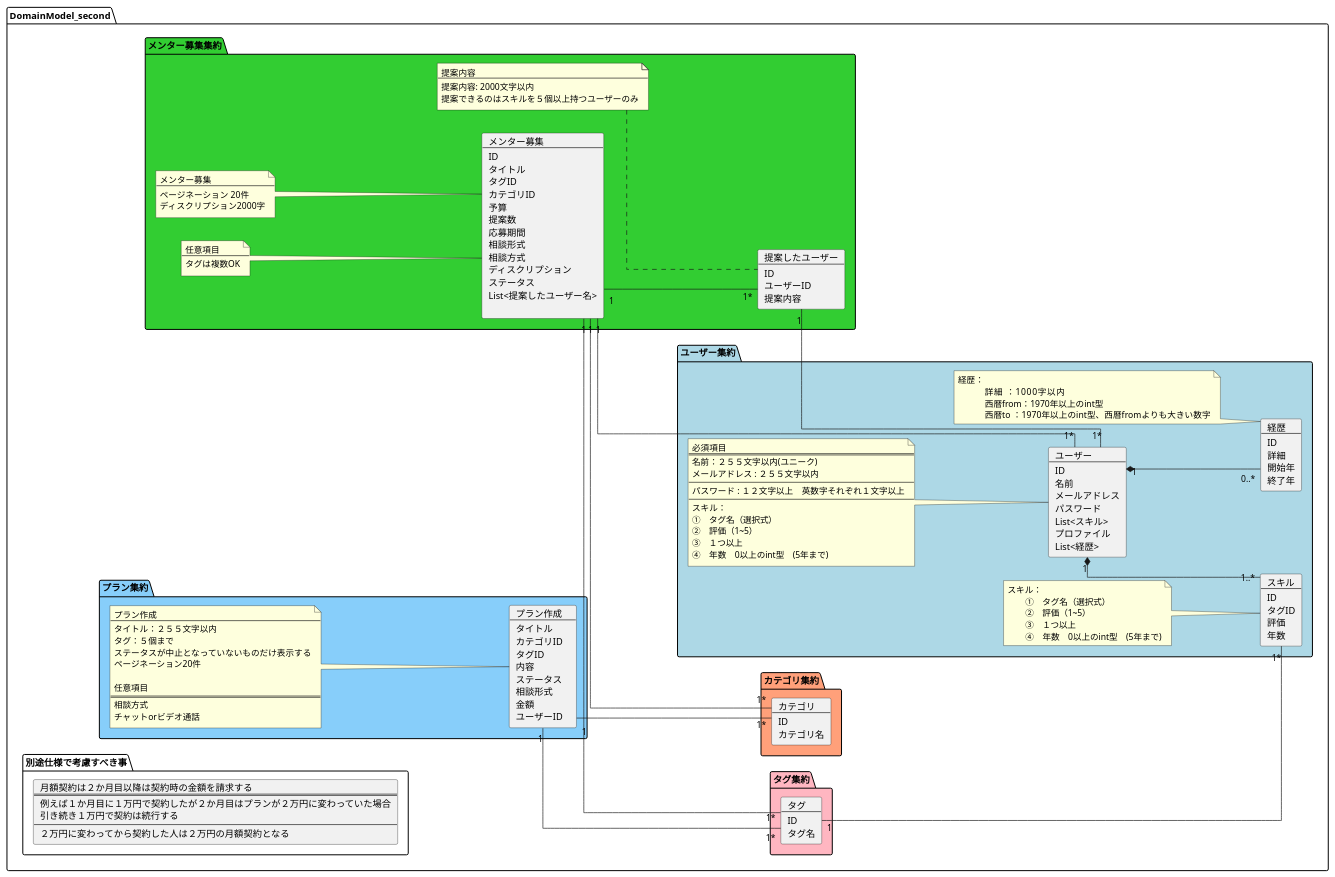
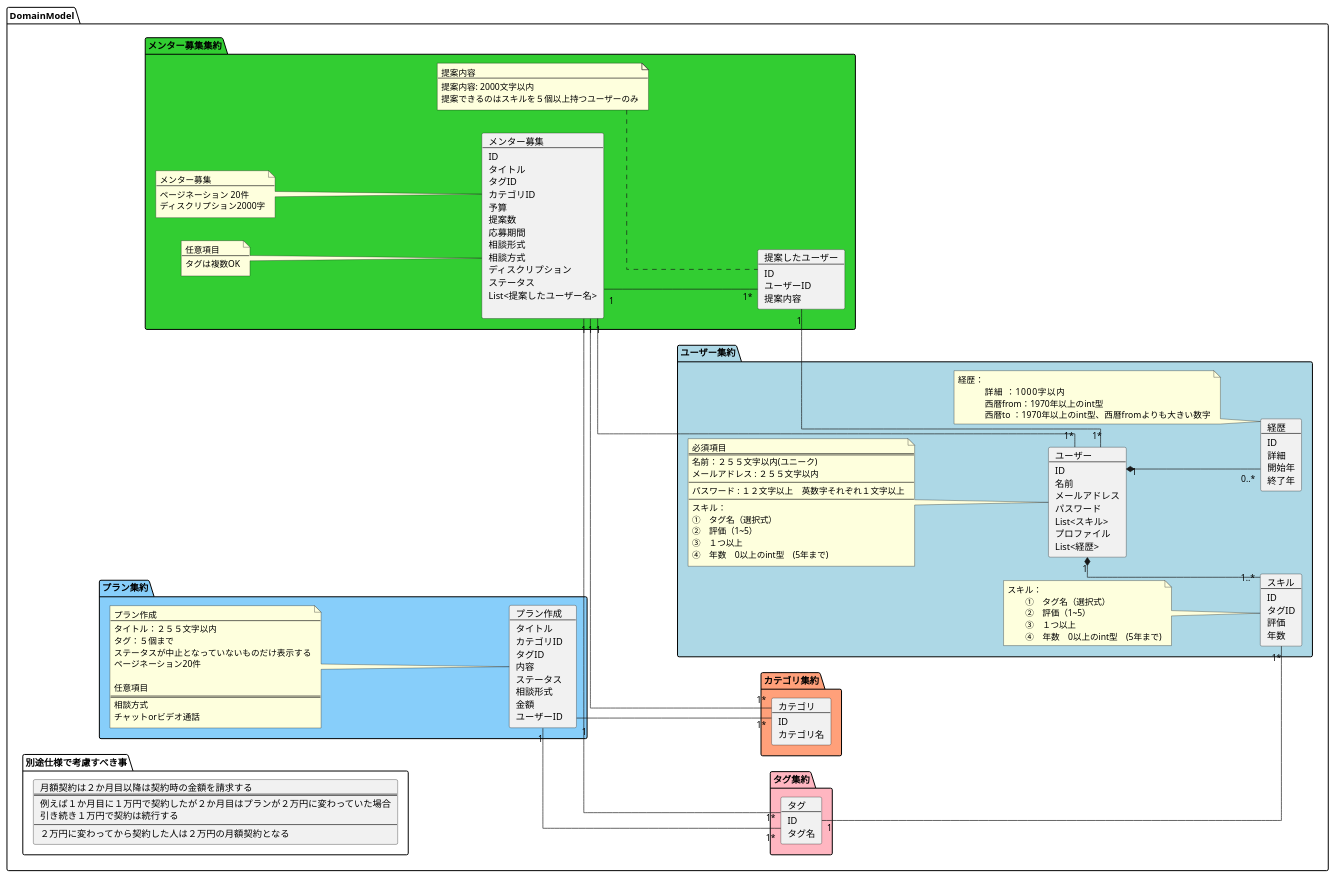
One commit to FUJI0130/curriculum changed the diagram in domain_model.pu. Above: the diagram before and after it, drawn with PlantUML.

Commit message:
second　消した

```diff
--- a/domain_model.pu
+++ b/domain_model.pu
@@ -6,7 +6,7 @@
 left to right direction
 
 
-package DomainModel_second {
+package DomainModel {
  
  
     package タグ集約 #LightPink
```
